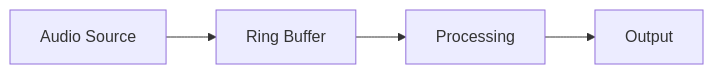
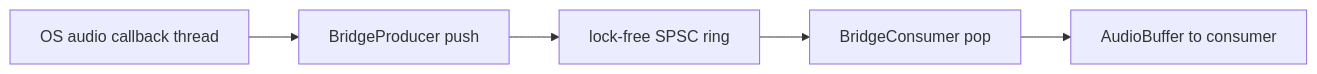
The diagram in docs/PERFORMANCE.md (Codeseys-Labs/rust-crossplat-audio-capture), drawn with Mermaid before and after one commit. The commit also changed other lines of this file and 158 other files, not shown here.

First line of the commit message:
fix(bridge): allocation-free RT producer + Windows/Linux capture P0 fixes (#27)

````diff
--- a/docs/PERFORMANCE.md
+++ b/docs/PERFORMANCE.md
@@ -11,6 +16,7 @@
 ```mermaid
 graph LR
-    A[Audio Source] --> B[Ring Buffer]
-    B --> C[Processing]
-    C --> D[Output]
+    A[OS audio callback thread] --> B[BridgeProducer push]
+    B --> C[lock-free SPSC ring]
+    C --> D[BridgeConsumer pop]
+    D --> E[AudioBuffer to consumer]
 ```
````
